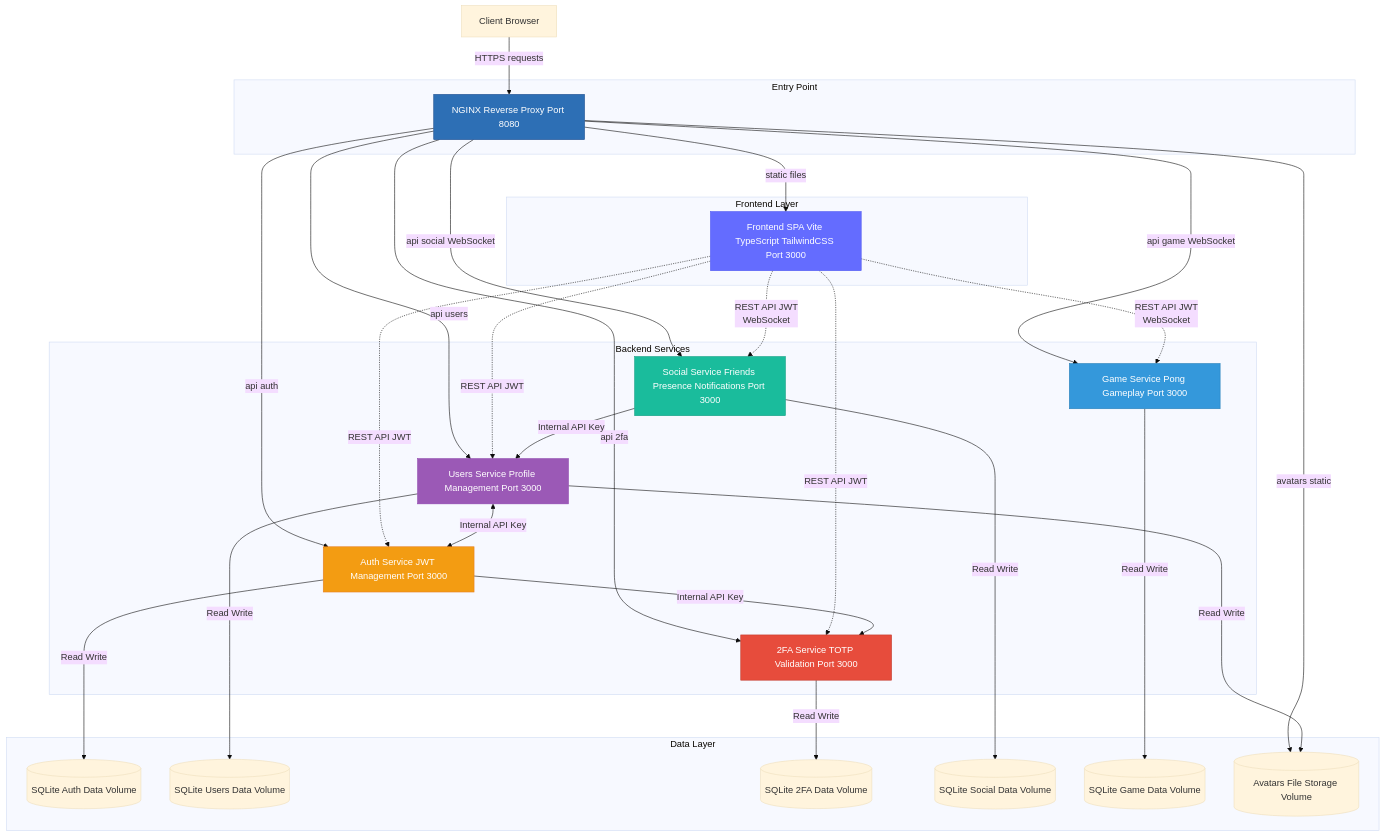
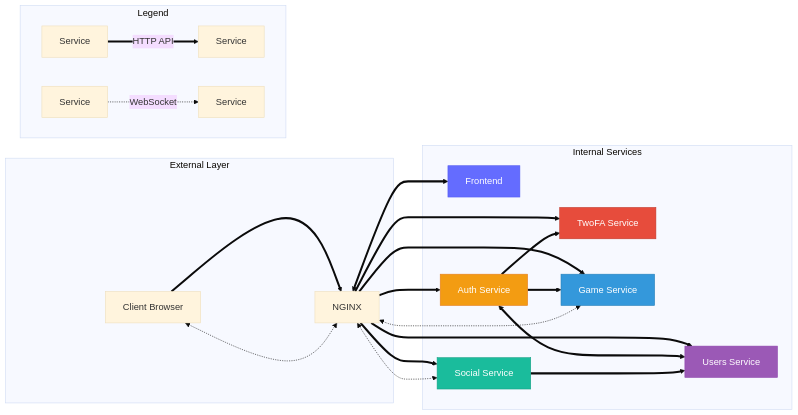
The third of 3 diagrams in architecture.md (anais-f/42_ft_transcendence), drawn with Mermaid (base theme) before and after one commit. The commit also changed other lines of this file and 1 other file, not shown here.

Commit message:
docs: update service communication

````diff
--- a/architecture.md
+++ b/architecture.md
@@ -127,63 +139,59 @@
 ```mermaid
-graph TB
-    subgraph Entry["Entry Point"]
-        Nginx[NGINX Reverse Proxy Port 8080]
-    end
-    
-    subgraph Frontend_Layer["Frontend Layer"]
-        Frontend[Frontend SPA Vite TypeScript TailwindCSS Port 3000]
-    end
-    
-    subgraph Backend["Backend Services"]
-        Auth[Auth Service JWT Management Port 3000]
-        Users[Users Service Profile Management Port 3000]
-        TwoFA[2FA Service TOTP Validation Port 3000]
-        Social[Social Service Friends Presence Notifications Port 3000]
-        Game[Game Service Pong Gameplay Port 3000]
-    end
-    
-    subgraph Data["Data Layer"]
-        DB_Auth[(SQLite Auth Data Volume)]
-        DB_Users[(SQLite Users Data Volume)]
-        DB_2FA[(SQLite 2FA Data Volume)]
-        DB_Social[(SQLite Social Data Volume)]
-        DB_Game[(SQLite Game Data Volume)]
-        Avatars[(Avatars File Storage Volume)]
-    end
-    
-    Client[Client Browser] -->|HTTPS requests| Nginx
-    
-    Nginx -->|static files| Frontend
-    Nginx -->|api auth| Auth
-    Nginx -->|api users| Users
-    Nginx -->|api 2fa| TwoFA
-    Nginx -->|api social WebSocket| Social
-    Nginx -->|api game WebSocket| Game
-    Nginx -->|avatars static| Avatars
-    
-    Frontend -.->|REST API JWT| Auth
-    Frontend -.->|REST API JWT| Users
-    Frontend -.->|REST API JWT| TwoFA
-    Frontend -.->|REST API JWT</br>WebSocket| Social
-    Frontend -.->|REST API JWT</br>WebSocket| Game
-    
-    Users <-->|Internal API Key| Auth
-    Auth -->|Internal API Key| TwoFA
-    
-    Social -->|Internal API Key| Users
- 
-    Auth -->|Read Write| DB_Auth
-    Users -->|Read Write| DB_Users
-    Users -->|Read Write| Avatars
-    TwoFA -->|Read Write| DB_2FA
-    Social -->|Read Write| DB_Social
-    Game -->|Read Write| DB_Game
-    
-    style Nginx fill:#2d6fb5,stroke:#1a4d8f,color:#fff
-    style Frontend fill:#646cff,stroke:#535bf2,color:#fff
-    style Auth fill:#f39c12,stroke:#e67e22,color:#fff
-    style Users fill:#9b59b6,stroke:#8e44ad,color:#fff
-    style TwoFA fill:#e74c3c,stroke:#c0392b,color:#fff
-    style Social fill:#1abc9c,stroke:#16a085,color:#fff
-    style Game fill:#3498db,stroke:#2980b9,color:#fff
+graph LR
+  %% Focused view: inter-service calls only
+
+  Client["Client Browser"]
+  Nginx["NGINX"]
+  Frontend["Frontend"]
+  Auth["Auth Service"]
+  Users["Users Service"]
+  TwoFA["TwoFA Service"]
+  Social["Social Service"]
+  Game["Game Service"]
+
+  subgraph External["External Layer"]
+    Client
+    Nginx
+  end
+
+  subgraph Internal["Internal Services"]
+    Frontend
+    Auth
+    Users
+    TwoFA
+    Social
+    Game
+  end
+
+  Client ==> Nginx
+  Nginx <==> Frontend
+  Nginx ==> Auth
+  Nginx ==> Users
+  Nginx ==> TwoFA
+  Nginx ==> Social
+  Nginx ==> Game
+
+  Auth <===> Users
+  Auth ==> TwoFA
+  Auth ==> Game
+
+  Social ==> Users
+
+  %% WebSocket flows (client via NGINX to services)
+  Client <-.-> Nginx
+  Nginx <-.-> Social
+  Nginx <-.-> Game
+
+  subgraph Legend["Legend"]
+    direction LR
+    LS1[Service] ==>|HTTP API| LS2[Service]
+    LS3[Service] -.->|WebSocket| LS4[Service]
+  end
+
+  style Auth fill:#f39c12,stroke:#e67e22,color:#fff
+  style Users fill:#9b59b6,stroke:#8e44ad,color:#fff
+  style TwoFA fill:#e74c3c,stroke:#c0392b,color:#fff
+  style Social fill:#1abc9c,stroke:#16a085,color:#fff
+  style Game fill:#3498db,stroke:#2980b9,color:#fff
+  style Frontend fill:#646cff,stroke:#535bf2,color:#fff
 ```
````
